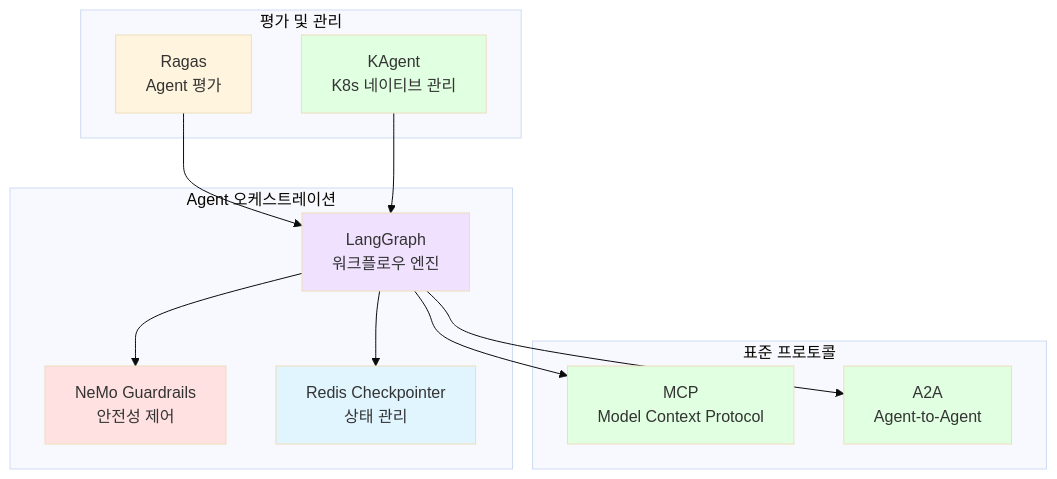
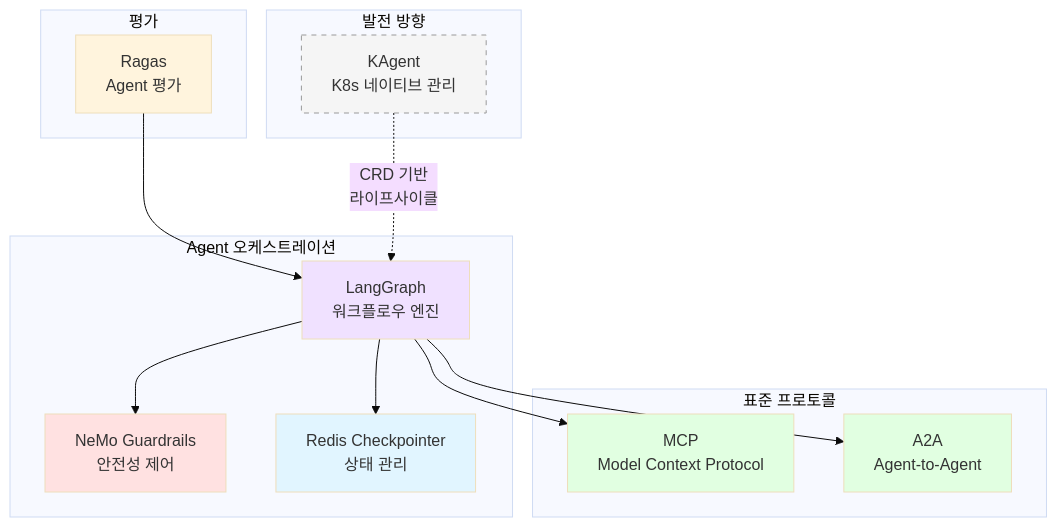
The eighth of 16 diagrams in docs/agentic-ai-platform/design-architecture/agentic-ai-challenges.md (devfloor9/engineering-playbook), drawn with Mermaid (base theme) before and after one commit. The commit also changed other lines of this file, not shown here.

````diff
--- a/docs/agentic-ai-platform/design-architecture/agentic-ai-challenges.md
+++ b/docs/agentic-ai-platform/design-architecture/agentic-ai-challenges.md
@@ -431,32 +431,35 @@
 ```mermaid
 flowchart TD
     subgraph AgentOrch["Agent 오케스트레이션"]
         LG["LangGraph<br/>워크플로우 엔진"]
         GUARD["NeMo Guardrails<br/>안전성 제어"]
         STATE["Redis Checkpointer<br/>상태 관리"]
     end
 
     subgraph Standards["표준 프로토콜"]
         MCP["MCP<br/>Model Context Protocol"]
         A2A["A2A<br/>Agent-to-Agent"]
     end
 
-    subgraph Evaluation["평가 및 관리"]
+    subgraph Evaluation["평가"]
         RAGAS["Ragas<br/>Agent 평가"]
-        KAGENT["KAgent<br/>K8s 네이티브 관리"]
+    end
+
+    subgraph Future["발전 방향"]
+        KAGENT["KAgent<br/>K8s 네이티브 관리"]:::future
     end
 
     LG --> GUARD
     LG --> STATE
     LG --> MCP
     LG --> A2A
     RAGAS --> LG
-    KAGENT --> LG
+    KAGENT -.->|"CRD 기반<br/>라이프사이클"| LG
 
     style LG fill:#f0e1ff
     style GUARD fill:#ffe1e1
     style STATE fill:#e1f5ff
     style MCP fill:#e1ffe1
     style A2A fill:#e1ffe1
-    style KAGENT fill:#e1ffe1
+    classDef future fill:#f5f5f5,stroke:#999,stroke-dasharray: 5 5
 ```
````
